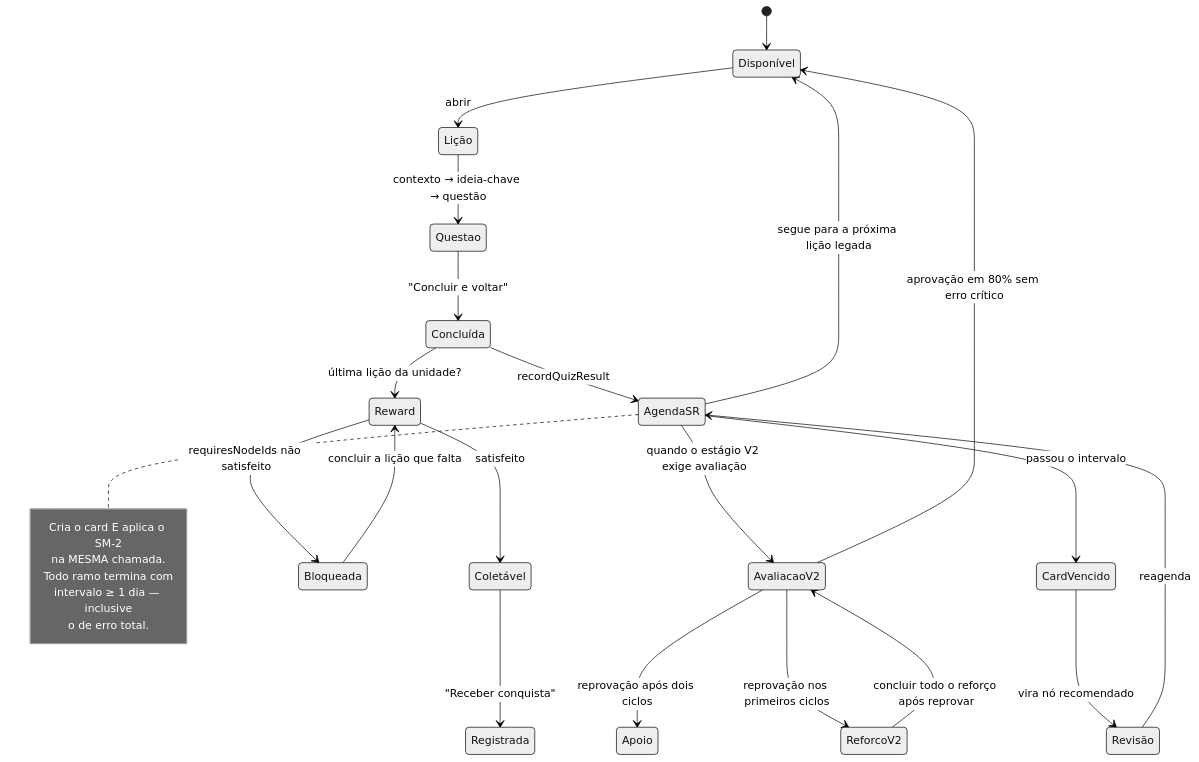
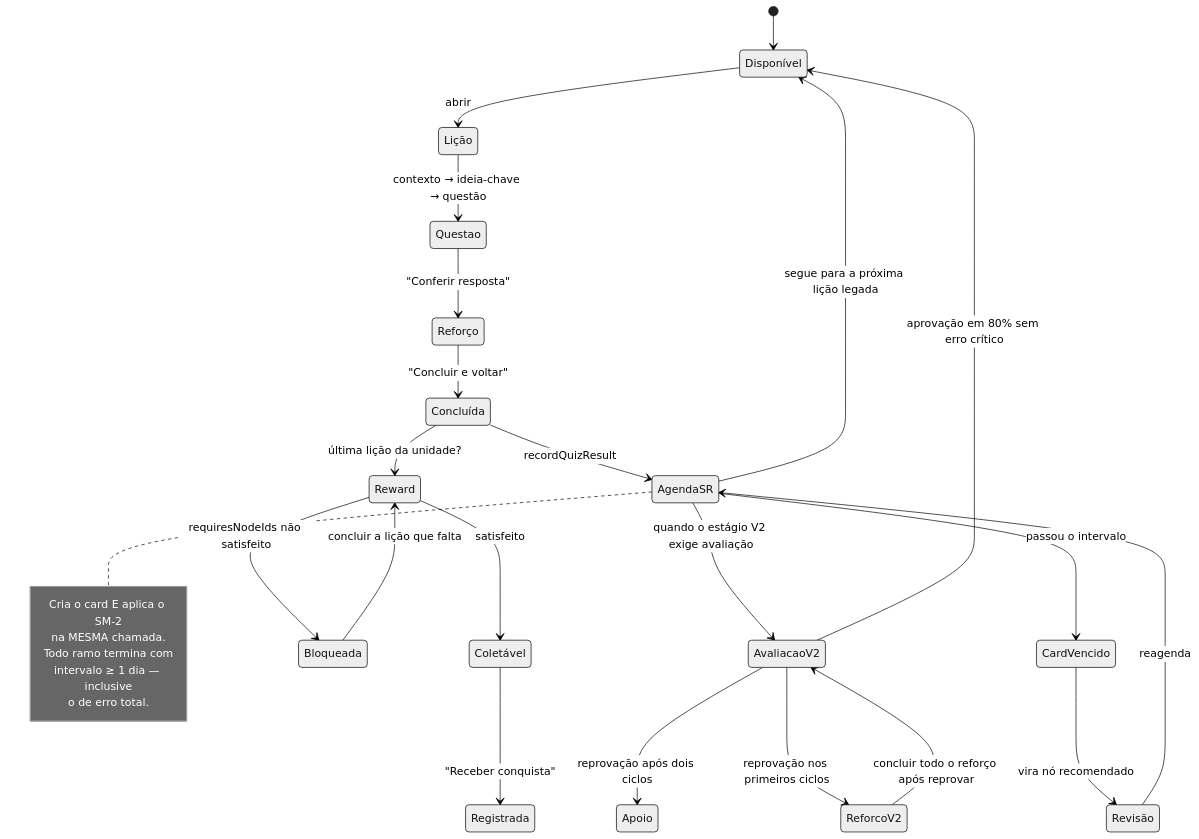
The second of 2 diagrams in docs/CLIENT_FLOW.md (andersonsmelo/Radiant), drawn with Mermaid (neutral theme) before and after one commit. The commit also changed other lines of this file and 17 other files, not shown here.

````diff
--- a/docs/CLIENT_FLOW.md
+++ b/docs/CLIENT_FLOW.md
@@ -96,34 +107,35 @@
 ```mermaid
 stateDiagram-v2
     [*] --> Disponível
 
     Disponível --> Lição: abrir
     Lição --> Questao: contexto → ideia-chave → questão
-    Questao --> Concluída: "Concluir e voltar"
+    Questao --> Reforço: "Conferir resposta"
+    Reforço --> Concluída: "Concluir e voltar"
 
     Concluída --> AgendaSR: recordQuizResult
     note right of AgendaSR
         Cria o card E aplica o SM-2
         na MESMA chamada.
         Todo ramo termina com
         intervalo ≥ 1 dia — inclusive
         o de erro total.
     end note
 
     AgendaSR --> Disponível: segue para a próxima lição legada
     AgendaSR --> AvaliacaoV2: quando o estágio V2 exige avaliação
     AvaliacaoV2 --> Disponível: aprovação em 80% sem erro crítico
     AvaliacaoV2 --> ReforcoV2: reprovação nos primeiros ciclos
     AvaliacaoV2 --> Apoio: reprovação após dois ciclos
     ReforcoV2 --> AvaliacaoV2: concluir todo o reforço após reprovar
 
     AgendaSR --> CardVencido: passou o intervalo
     CardVencido --> Revisão: vira nó recomendado
     Revisão --> AgendaSR: reagenda
 
     Concluída --> Reward: última lição da unidade?
     Reward --> Bloqueada: requiresNodeIds não satisfeito
     Reward --> Coletável: satisfeito
     Coletável --> Registrada: "Receber conquista"
     Bloqueada --> Reward: concluir a lição que falta
 ```
````
